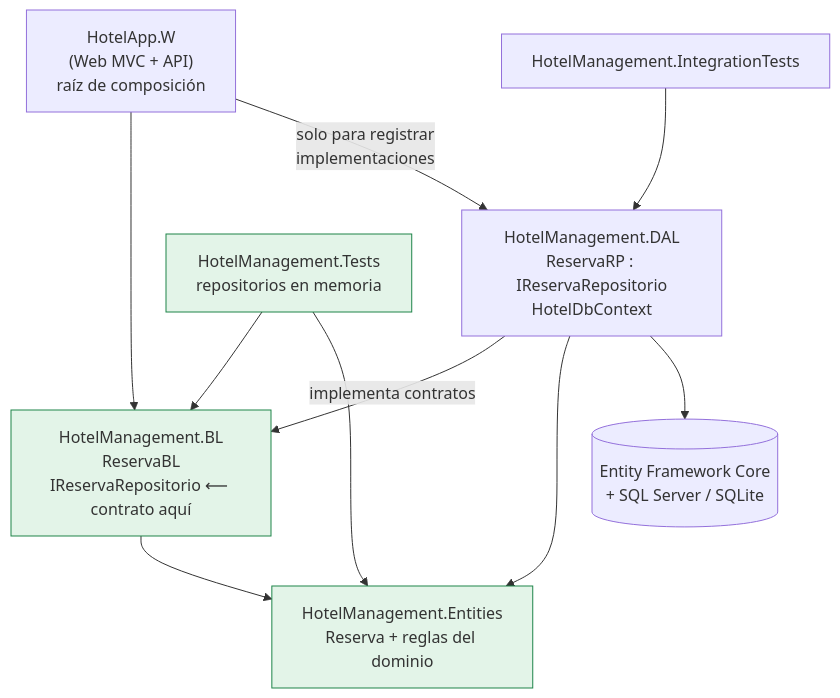
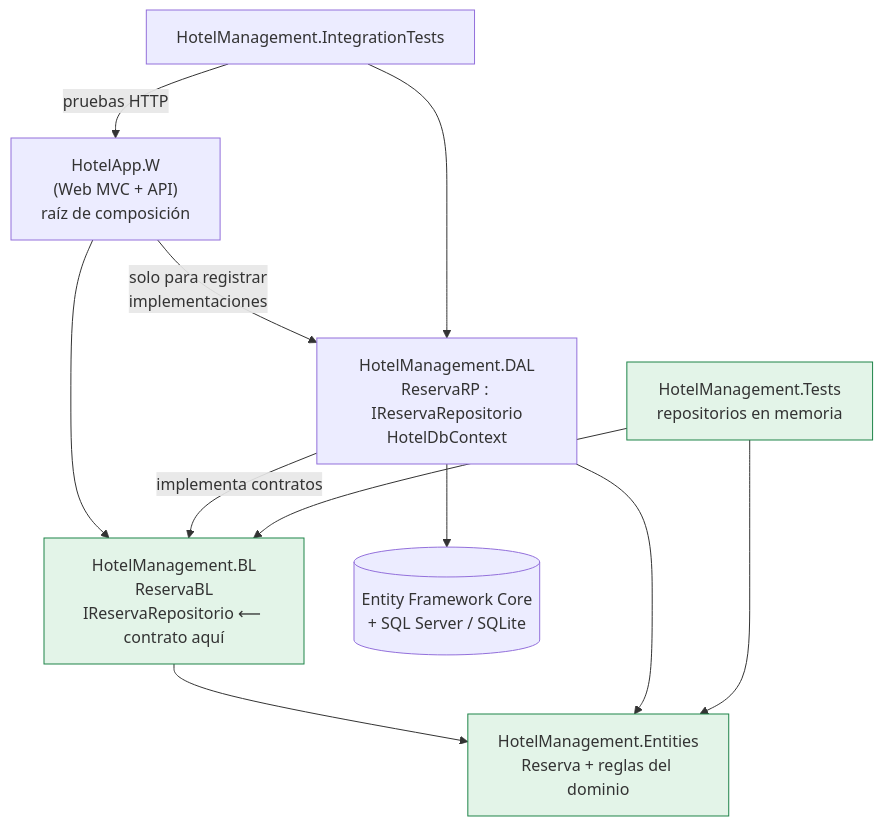
The second of 2 diagrams in docs/01-Diagnostico-y-Propuesta.md (jaydenhammerxx245-klkrd/ghc), drawn with Mermaid before and after one commit. The commit also changed other lines of this file and 64 other files, not shown here.

````diff
--- a/docs/01-Diagnostico-y-Propuesta.md
+++ b/docs/01-Diagnostico-y-Propuesta.md
@@ -154,24 +158,25 @@
 ```mermaid
 flowchart TB
     W["HotelApp.W<br/>(Web MVC + API)<br/>raíz de composición"]
     BL["HotelManagement.BL<br/>ReservaBL<br/>IReservaRepositorio ⟵ contrato aquí"]
     DAL["HotelManagement.DAL<br/>ReservaRP : IReservaRepositorio<br/>HotelDbContext"]
     E["HotelManagement.Entities<br/>Reserva + reglas del dominio"]
     EF[("Entity Framework Core<br/>+ SQL Server / SQLite")]
     T["HotelManagement.Tests<br/>repositorios en memoria"]
     IT["HotelManagement.IntegrationTests"]
 
     W --> BL
     W -- "solo para registrar<br/>implementaciones" --> DAL
     BL --> E
     DAL -- "implementa contratos" --> BL
     DAL --> E
     DAL --> EF
     T --> BL
     T --> E
     IT --> DAL
+    IT -- "pruebas HTTP" --> W
 
     style BL fill:#e3f4e8,stroke:#1e8449
     style E fill:#e3f4e8,stroke:#1e8449
     style T fill:#e3f4e8,stroke:#1e8449
 ```
````
